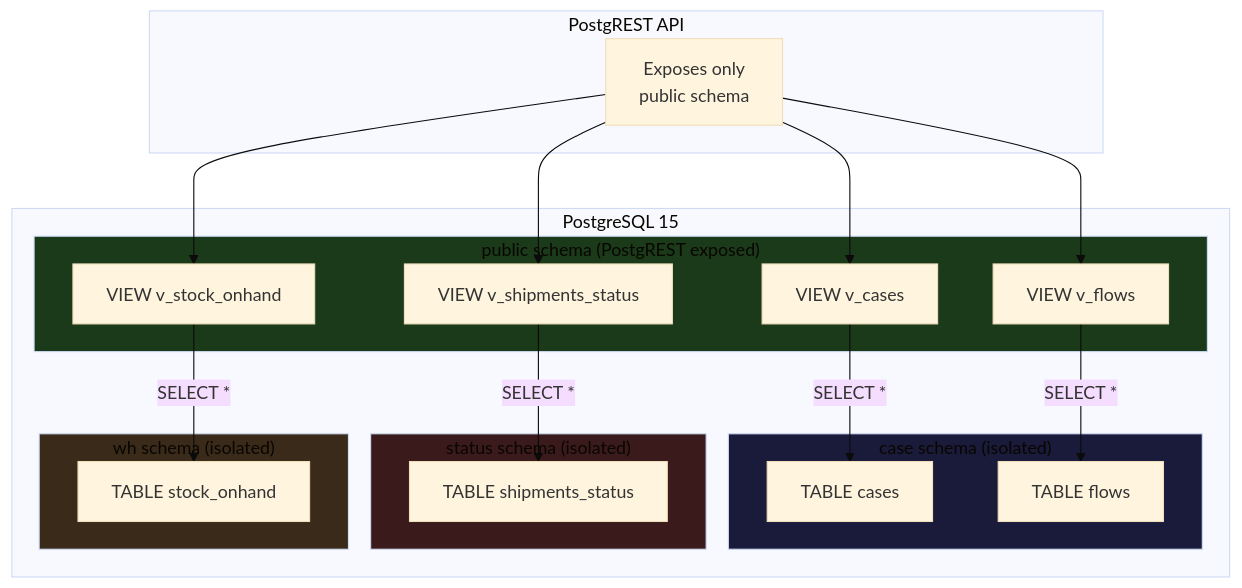
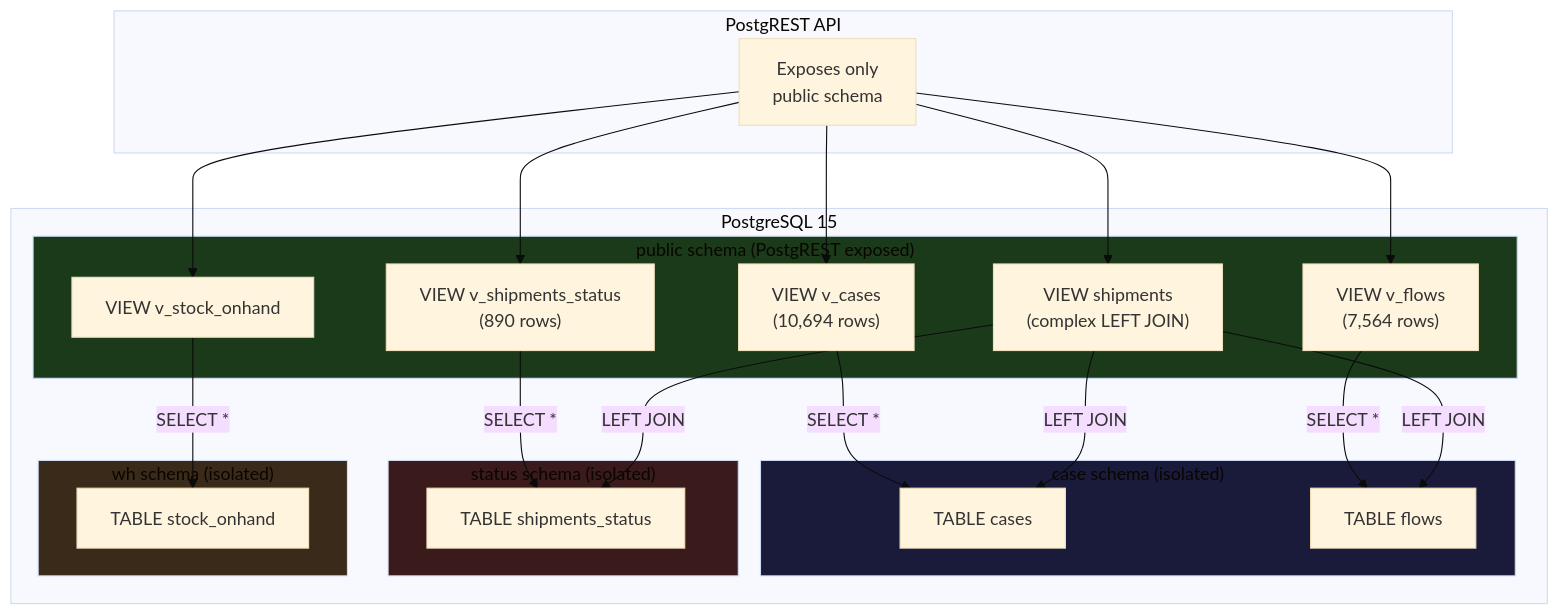
Diagram 15 of 19 in apps/logistics-dashboard/docs/SYSTEM-ARCHITECTURE.md (macho715/logi_hvdc_dash), drawn with Mermaid (base theme) before and after one commit. The commit also changed other lines of this file and 80 other files, not shown here.

````diff
--- a/apps/logistics-dashboard/docs/SYSTEM-ARCHITECTURE.md
+++ b/apps/logistics-dashboard/docs/SYSTEM-ARCHITECTURE.md
@@ -537,43 +653,48 @@
 ```mermaid
 graph TB
     subgraph PG["PostgreSQL 15"]
         subgraph PublicSchema["public schema (PostgREST exposed)"]
-            VC["VIEW v_cases"]
-            VF["VIEW v_flows"]
-            VS["VIEW v_shipments_status"]
+            VC["VIEW v_cases\n(10,694 rows)"]
+            VF["VIEW v_flows\n(7,564 rows)"]
+            VS["VIEW v_shipments_status\n(890 rows)"]
             VW["VIEW v_stock_onhand"]
+            VM["VIEW shipments\n(complex LEFT JOIN)"]
         end
 
         subgraph CaseSchema["case schema (isolated)"]
             TC["TABLE cases"]
             TF["TABLE flows"]
         end
 
         subgraph StatusSchema["status schema (isolated)"]
             TS["TABLE shipments_status"]
         end
 
         subgraph WhSchema["wh schema (isolated)"]
             TW["TABLE stock_onhand"]
         end
     end
 
     subgraph PostgREST["PostgREST API"]
-        PR["Exposes only<br/>public schema"]
+        PR["Exposes only\npublic schema"]
     end
 
     PR --> VC
     PR --> VF
     PR --> VS
     PR --> VW
+    PR --> VM
 
     VC -->|"SELECT *"| TC
     VF -->|"SELECT *"| TF
     VS -->|"SELECT *"| TS
     VW -->|"SELECT *"| TW
+    VM -->|"LEFT JOIN"| TS
+    VM -->|"LEFT JOIN"| TF
+    VM -->|"LEFT JOIN"| TC
 
     style PublicSchema fill:#1a3a1a
     style CaseSchema fill:#1a1a3a
     style StatusSchema fill:#3a1a1a
     style WhSchema fill:#3a2a1a
 ```
````
